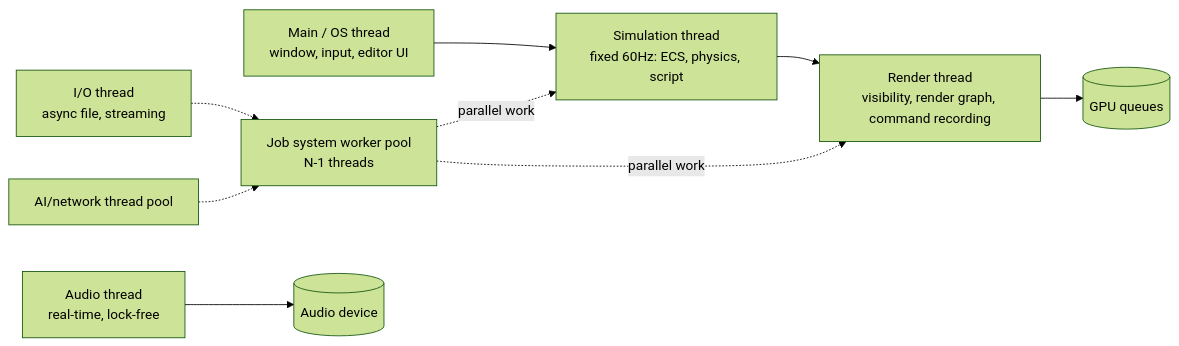
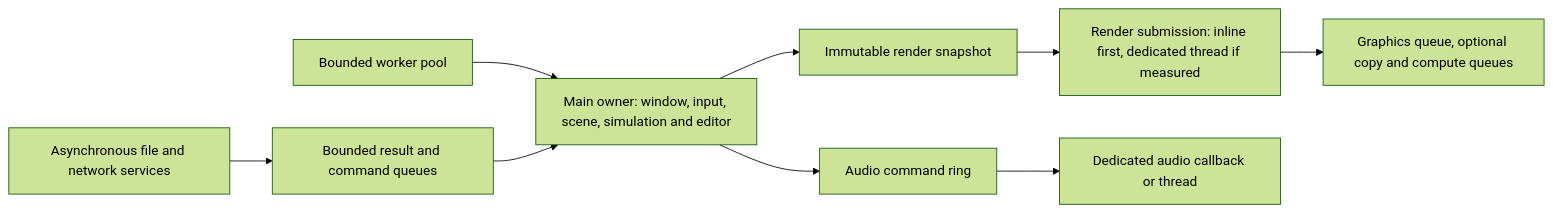
The second of 7 diagrams in docs/ARCHITECTURE.md (ShubhamBrody/VelosGameEngine), drawn with Mermaid (forest theme) before and after one commit. The commit also changed other lines of this file and 5 other files, not shown here.

First line of the commit message:
docs(plan): refine engine scope, architecture and milestone gates

````diff
--- a/docs/ARCHITECTURE.md
+++ b/docs/ARCHITECTURE.md
@@ -75,11 +91,12 @@
 ```mermaid
 graph LR
-  MAIN[Main / OS thread<br/>window, input, editor UI] --> SIM[Simulation thread<br/>fixed 60Hz: ECS, physics, script]
-  SIM --> REN[Render thread<br/>visibility, render graph, command recording]
-  REN --> GPU[(GPU queues)]
-  JOBS[Job system worker pool<br/>N-1 threads] -.parallel work.-> SIM
-  JOBS -.parallel work.-> REN
-  IO[I/O thread<br/>async file, streaming] -.-> JOBS
-  AUD[Audio thread<br/>real-time, lock-free] --> DEV[(Audio device)]
-  NET[AI/network thread pool] -.-> JOBS
+  MAIN[Main owner: window, input, scene, simulation and editor]
+  MAIN --> PACKET[Immutable render snapshot]
+  PACKET --> REN[Render submission: inline first, dedicated thread if measured]
+  REN --> GPU[Graphics queue, optional copy and compute queues]
+  JOBS[Bounded worker pool] --> MAIN
+  IO[Asynchronous file and network services] --> RESULTS[Bounded result and command queues]
+  RESULTS --> MAIN
+  MAIN --> AUD[Audio command ring]
+  AUD --> MIX[Dedicated audio callback or thread]
 ```
````
